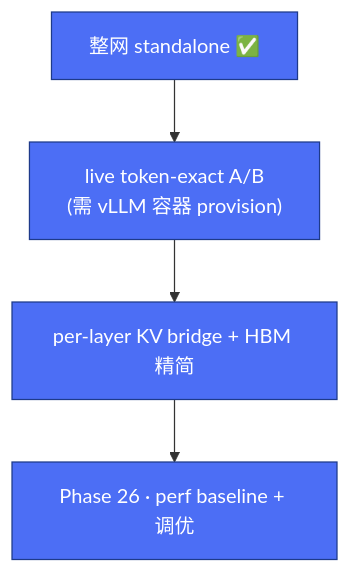
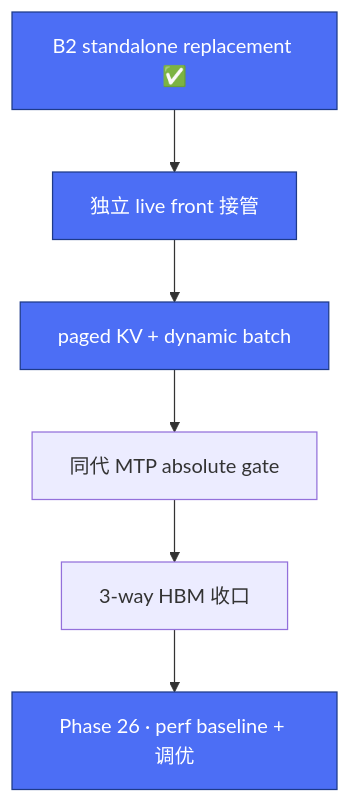
The second of 2 diagrams in planning/roadmap.md (csy0225/pypto-project), drawn with Mermaid before and after one commit. The commit also changed other lines of this file and 19 other files, not shown here.

````diff
--- a/planning/roadmap.md
+++ b/planning/roadmap.md
@@ -57,8 +69,10 @@
 ```mermaid
 graph TD
-    A["整网 standalone ✅"] --> B["live token-exact A/B<br/>(需 vLLM 容器 provision)"]
-    B --> C["per-layer KV bridge + HBM 精简"]
-    C --> D["Phase 26 · perf baseline + 调优"]
+    A["B2 standalone replacement ✅"] --> B["独立 live front 接管"]
+    B --> C["paged KV + dynamic batch"]
+    C --> M["同代 MTP absolute gate"]
+    M --> H["3-way HBM 收口"]
+    H --> D["Phase 26 · perf baseline + 调优"]
     classDef g fill:#4C6EF5,stroke:#1E3A8A,color:#fff;
     class A,B,C,D g;
 ```
````
